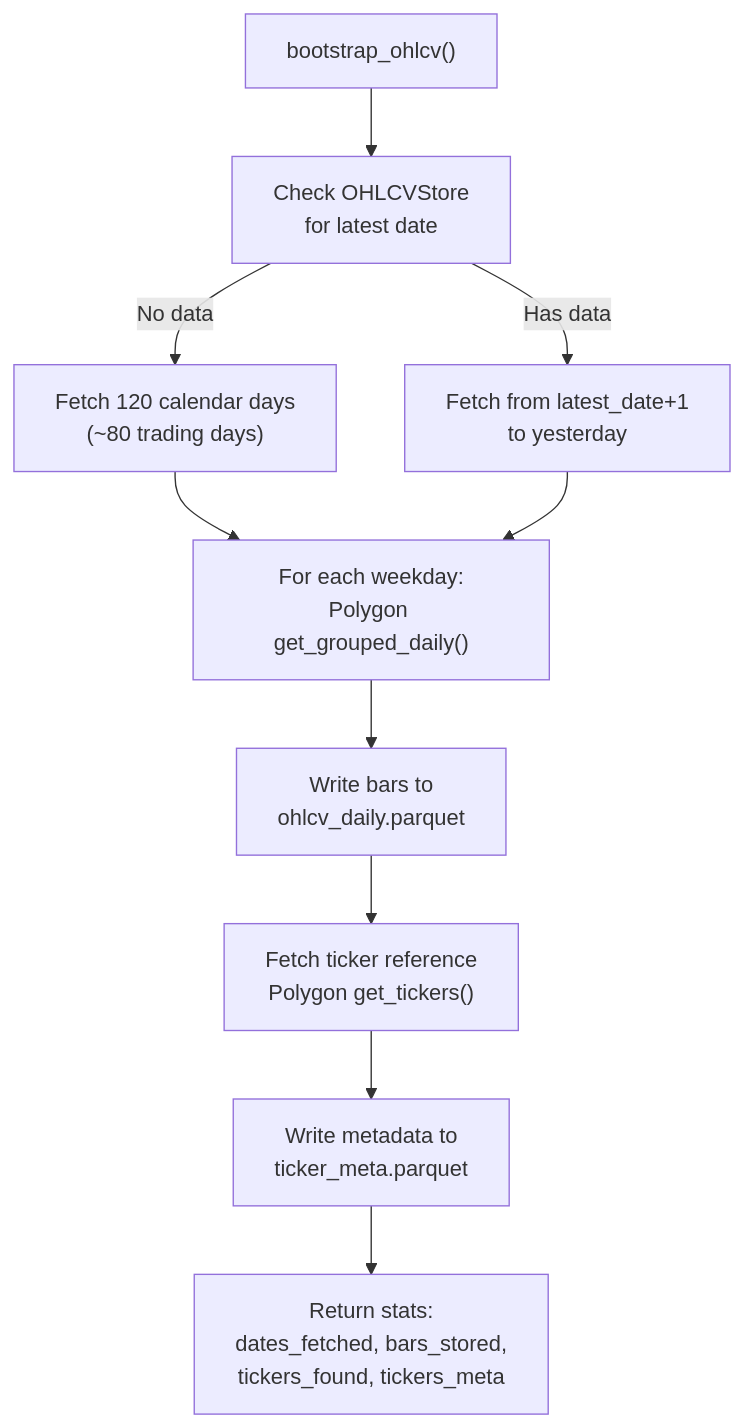
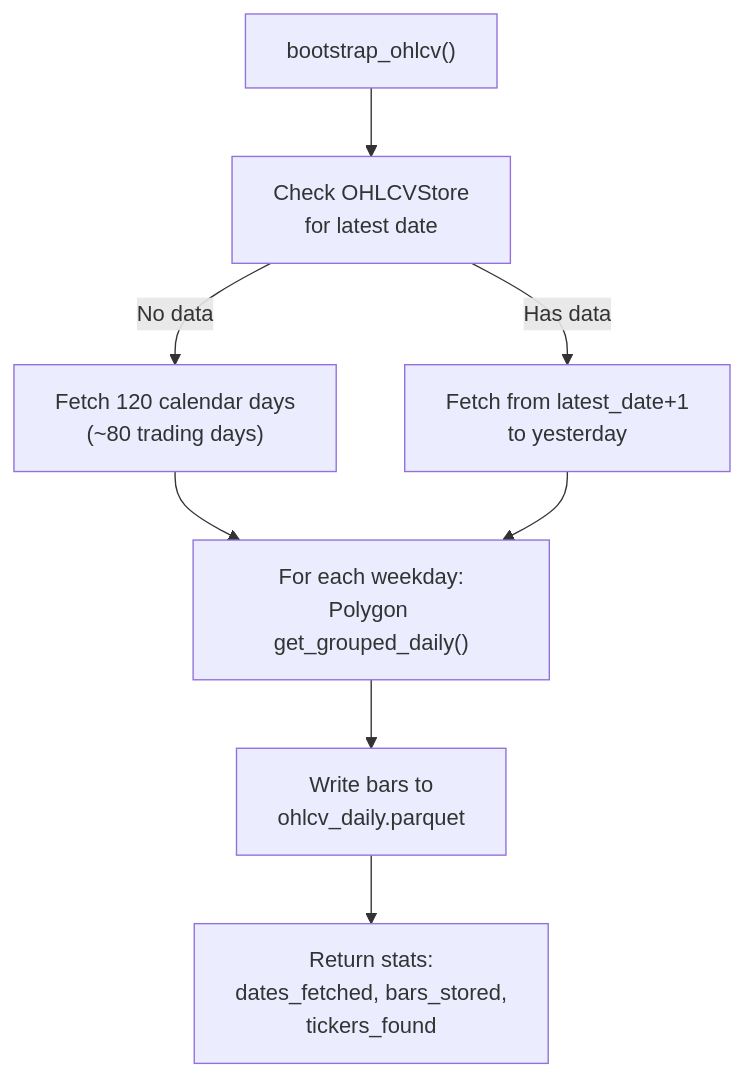
The diagram in docs/data-pipeline.md (gofinviz-beep/tyche-options), drawn with Mermaid before and after one commit. The commit also changed other lines of this file and 44 other files, not shown here.

First line of the commit message:
Add IV Rank/VRP from historical options data and decouple OHLCV from metadata refresh

````diff
--- a/docs/data-pipeline.md
+++ b/docs/data-pipeline.md
@@ -146,12 +148,10 @@
 ```mermaid
 flowchart TD
     Start["bootstrap_ohlcv()"] --> CheckExisting["Check OHLCVStore\nfor latest date"]
     CheckExisting -->|"No data"| FetchAll["Fetch 120 calendar days\n(~80 trading days)"]
     CheckExisting -->|"Has data"| FetchIncremental["Fetch from latest_date+1\nto yesterday"]
     FetchAll --> FetchLoop["For each weekday:\nPolygon get_grouped_daily()"]
     FetchIncremental --> FetchLoop
     FetchLoop --> WriteOHLCV["Write bars to\nohlcv_daily.parquet"]
-    WriteOHLCV --> FetchMeta["Fetch ticker reference\nPolygon get_tickers()"]
-    FetchMeta --> WriteMeta["Write metadata to\nticker_meta.parquet"]
-    WriteMeta --> Done["Return stats:\ndates_fetched, bars_stored,\ntickers_found, tickers_meta"]
+    WriteOHLCV --> Done["Return stats:\ndates_fetched, bars_stored,\ntickers_found"]
 ```
````
